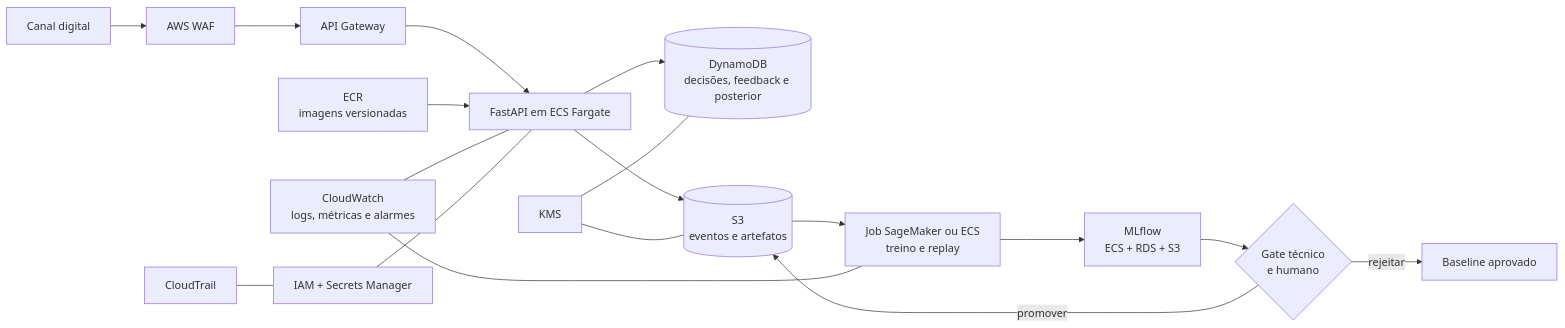
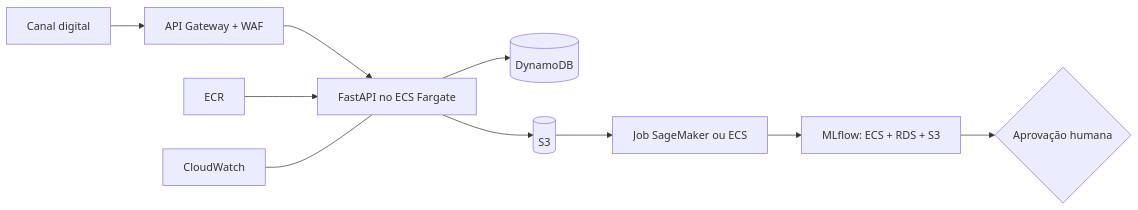
One commit to VehGarciiah/datathon-7mlet-grupo-80 changed the second of 2 diagrams in README.md. Above: the diagram before and after it, drawn with Mermaid. The commit also changed other lines of this file and 123 other files, not shown here.

````diff
--- a/README.md
+++ b/README.md
@@ -474,20 +300,12 @@
 ```mermaid
 flowchart LR
-    U[Canal digital] --> WAF[AWS WAF]
-    WAF --> APIG[API Gateway]
-    APIG --> API[FastAPI em ECS Fargate]
-    ECR[ECR<br/>imagens versionadas] --> API
-    API --> DDB[(DynamoDB<br/>decisões, feedback e posterior)]
-    API --> S3[(S3<br/>eventos e artefatos)]
-    S3 --> TRAIN[Job SageMaker ou ECS<br/>treino e replay]
-    TRAIN --> MLF[MLflow<br/>ECS + RDS + S3]
-    MLF --> APPROVE{Gate técnico<br/>e humano}
-    APPROVE -->|promover| S3
-    APPROVE -->|rejeitar| ROLLBACK[Baseline aprovado]
-    CW[CloudWatch<br/>logs, métricas e alarmes] --- API
-    CW --- TRAIN
-    KMS[KMS] --- S3
-    KMS --- DDB
-    IAM[IAM + Secrets Manager] --- API
-    CT[CloudTrail] --- IAM
+    U[Canal digital] --> WAF[API Gateway + WAF]
+    WAF --> API[FastAPI no ECS Fargate]
+    ECR[ECR] --> API
+    API --> DDB[(DynamoDB)]
+    API --> S3[(S3)]
+    S3 --> JOB[Job SageMaker ou ECS]
+    JOB --> MLF[MLflow: ECS + RDS + S3]
+    MLF --> GATE{Aprovação humana}
+    CW[CloudWatch] --- API
 ```
````
